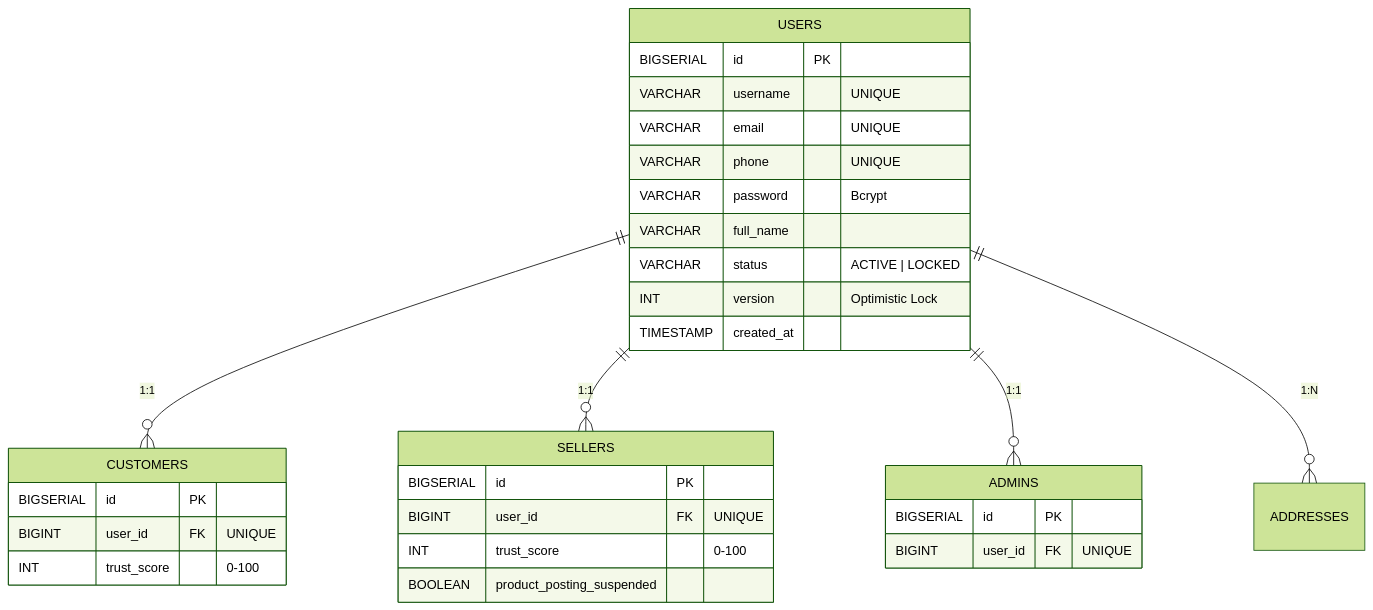
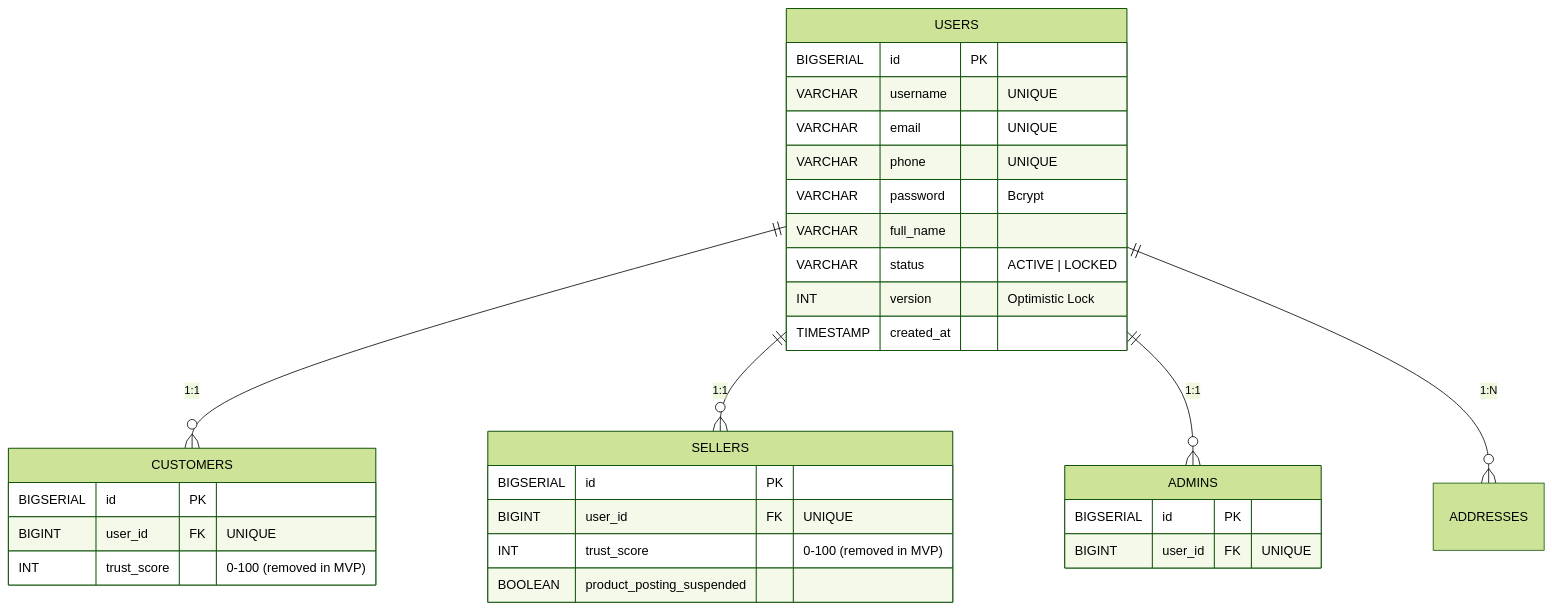
The first of 10 diagrams in docs/diagrams/01_erd_compact.md (ldqanh1408/stealing-from-paradise), drawn with Mermaid (forest theme) before and after one commit. The commit also changed 312 other files, not shown here.

Commit message:
refactor: remove trust score references from various APIs and update related documentation

````diff
--- a/docs/diagrams/01_erd_compact.md
+++ b/docs/diagrams/01_erd_compact.md
@@ -10,38 +10,38 @@
 ```mermaid
 erDiagram
     USERS ||--o{ CUSTOMERS : "1:1"
     USERS ||--o{ SELLERS : "1:1"
     USERS ||--o{ ADMINS : "1:1"
     USERS ||--o{ ADDRESSES : "1:N"
 
     USERS {
         BIGSERIAL id PK
         VARCHAR username "UNIQUE"
         VARCHAR email "UNIQUE"
         VARCHAR phone "UNIQUE"
         VARCHAR password "Bcrypt"
         VARCHAR full_name
         VARCHAR status "ACTIVE | LOCKED"
         INT version "Optimistic Lock"
         TIMESTAMP created_at
     }
 
     CUSTOMERS {
         BIGSERIAL id PK
         BIGINT user_id FK "UNIQUE"
-        INT trust_score "0-100"
+        INT trust_score "0-100 (removed in MVP)"
     }
 
     SELLERS {
         BIGSERIAL id PK
         BIGINT user_id FK "UNIQUE"
-        INT trust_score "0-100"
+        INT trust_score "0-100 (removed in MVP)"
         BOOLEAN product_posting_suspended
     }
 
     ADMINS {
         BIGSERIAL id PK
         BIGINT user_id FK "UNIQUE"
     }
 
 ```
````
